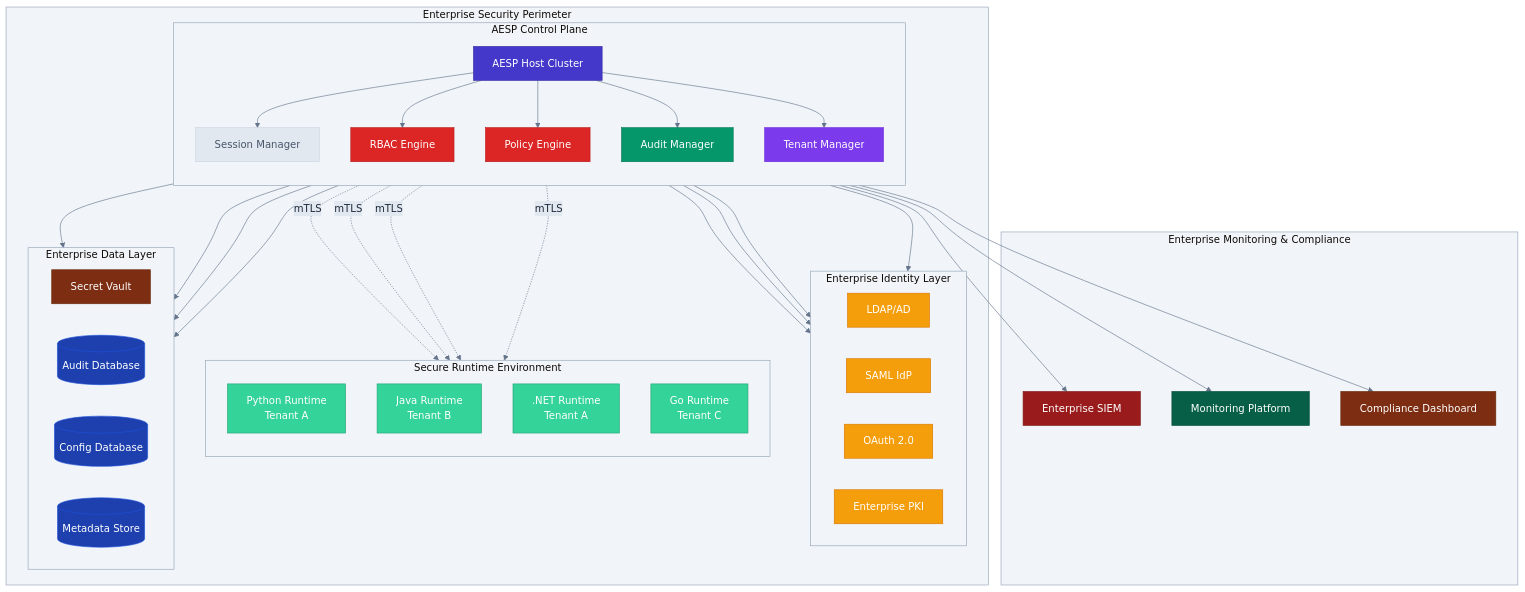
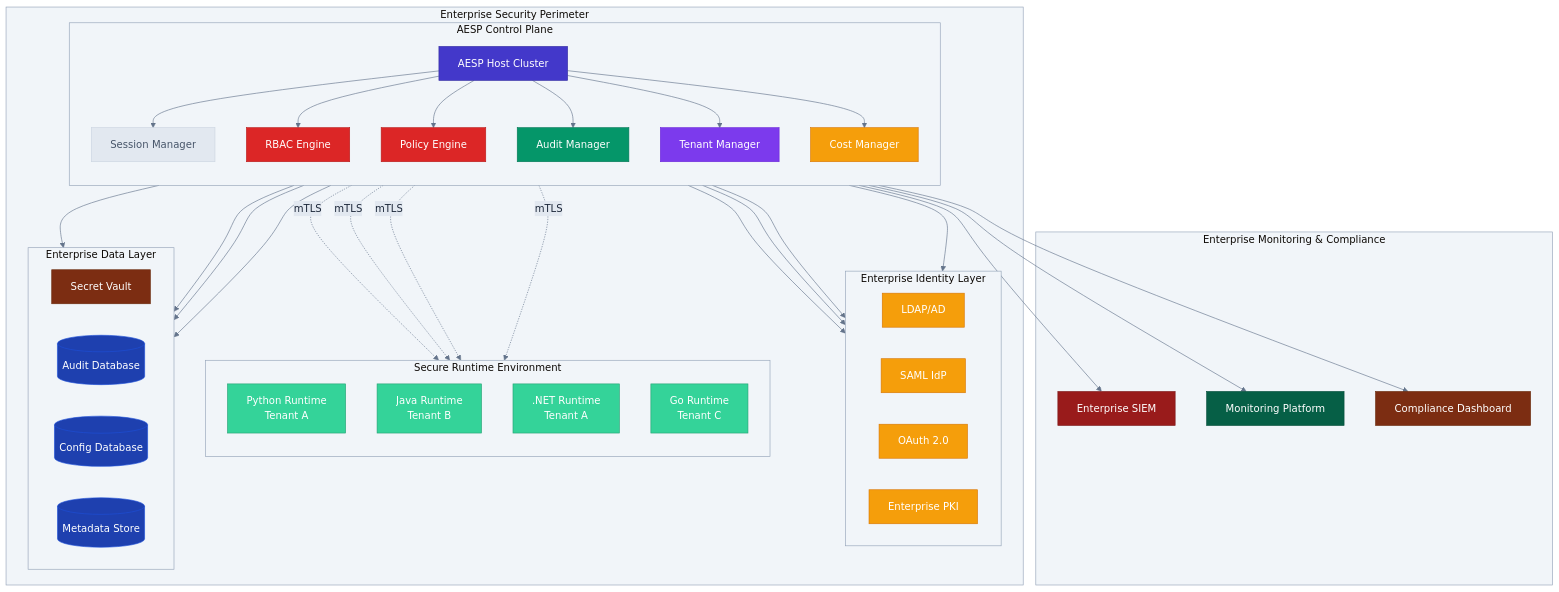
Before and after one commit to nshkrdotcom/ALTAR: the diagram in .kiro/specs/altar-enterprise-security/design.md, drawn with Mermaid. The commit also changed other lines of this file and 1 other file, not shown here.

```diff
--- a/.kiro/specs/altar-enterprise-security/design.md
+++ b/.kiro/specs/altar-enterprise-security/design.md
@@ -37,6 +58,7 @@
             PE[Policy Engine]
             AM[Audit Manager]
             TM[Tenant Manager]
+            CM[Cost Manager]
             
             style HOST fill:#4338ca,stroke:#3730a3,color:#ffffff,fontWeight:bold
             style SM fill:#e2e8f0,stroke:#cbd5e1,color:#475569
@@ -44,6 +66,7 @@
             style PE fill:#dc2626,stroke:#b91c1c,color:#ffffff
             style AM fill:#059669,stroke:#047857,color:#ffffff
             style TM fill:#7c3aed,stroke:#6d28d9,color:#ffffff
+            style CM fill:#f59e0b,stroke:#d97706,color:#ffffff
         end
         
         subgraph "Enterprise Identity Layer"
@@ -102,6 +125,7 @@
     HOST --> PE
     HOST --> AM
     HOST --> TM
+    HOST --> CM
     
     RBAC --> LDAP
     RBAC --> SAML
```
